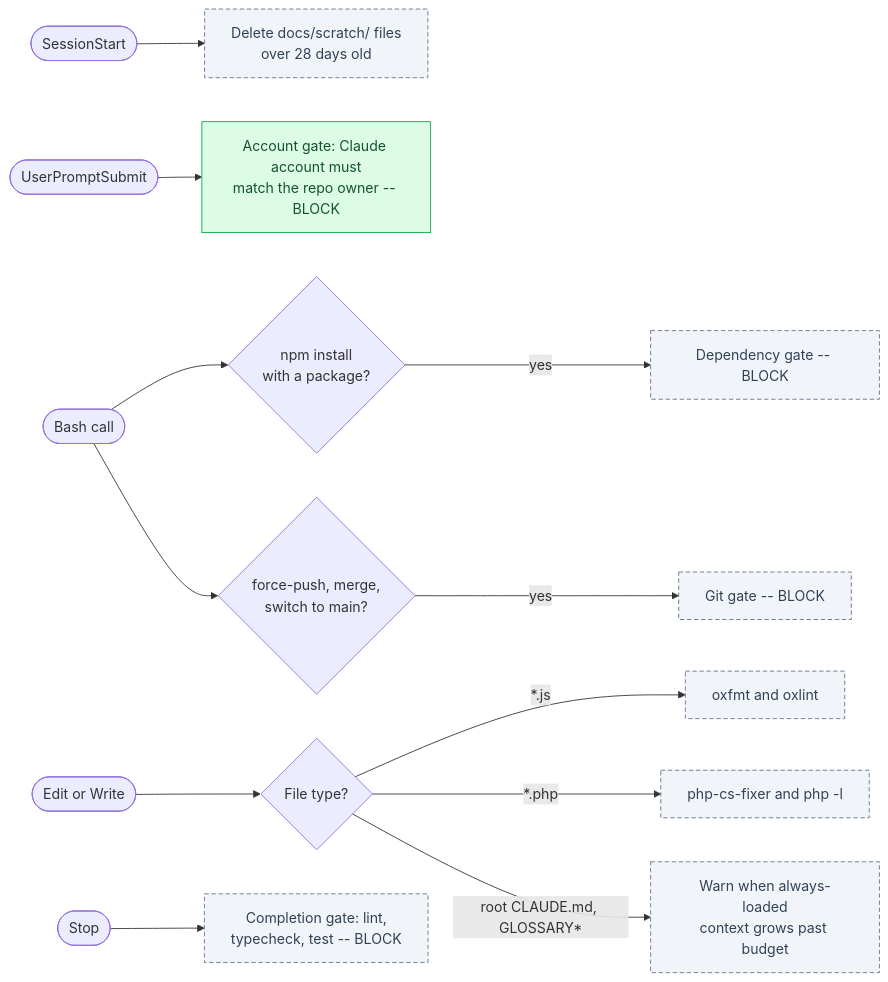
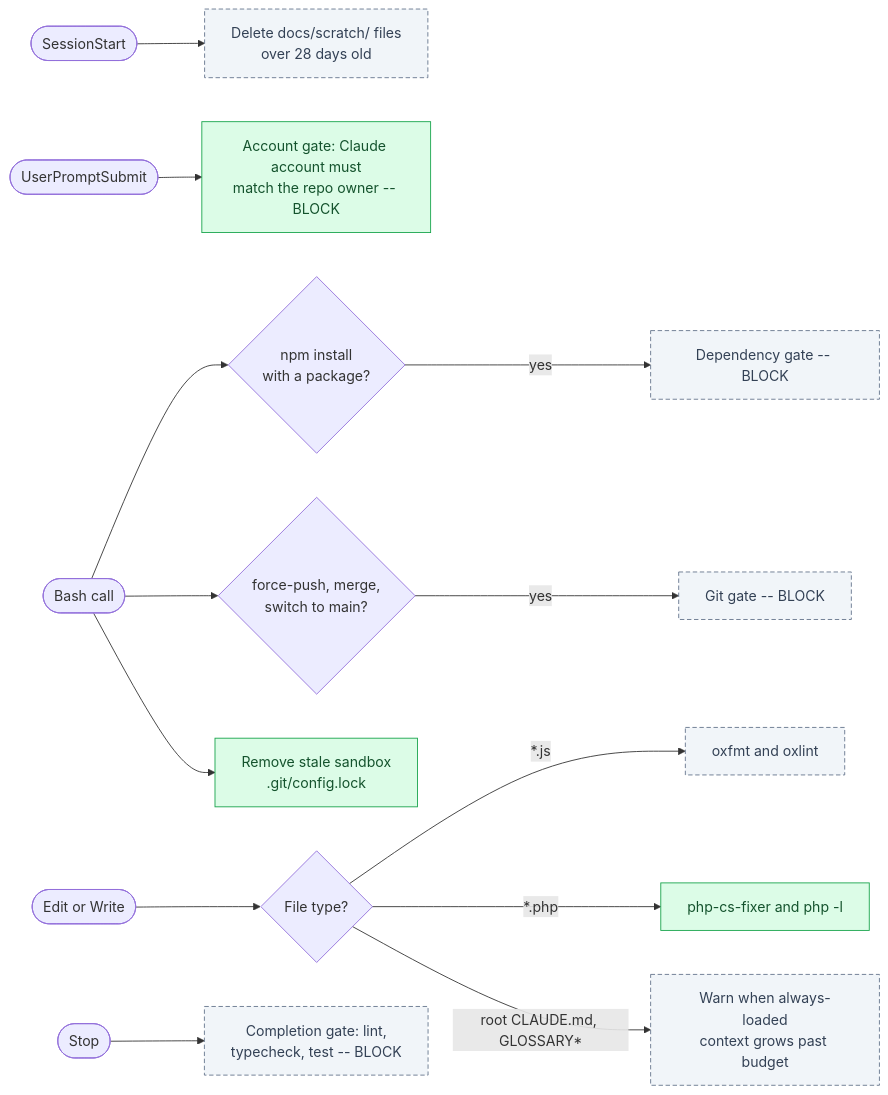
One commit to tforster/agents0 changed the third of 3 diagrams in README.md. Above: the diagram before and after it, drawn with Mermaid. The commit also changed other lines of this file and 4 other files, not shown here.

First line of the commit message:
PHP format and lint hook (Re: AGEN-24) (#9)

````diff
--- a/README.md
+++ b/README.md
@@ -115,17 +115,18 @@
 ```mermaid
 flowchart LR
   sessionStart(["SessionStart"]) --> retention["Delete docs/scratch/ files<br/>over 28 days old"]:::planned
   prompt(["UserPromptSubmit"]) --> account["Account gate: Claude account must<br/>match the repo owner -- BLOCK"]:::exists
   bash(["Bash call"]) --> install{"npm install<br/>with a package?"}
   install -- yes --> depGate["Dependency gate -- BLOCK"]:::planned
   bash --> git{"force-push, merge,<br/>switch to main?"}
   git -- yes --> gitGate["Git gate -- BLOCK"]:::planned
+  bash --> configLock["Remove stale sandbox<br/>.git/config.lock"]:::exists
   edit(["Edit or Write"]) --> fileType{"File type?"}
   fileType -- "*.js" --> jsLint["oxfmt and oxlint"]:::planned
-  fileType -- "*.php" --> phpLint["php-cs-fixer and php -l"]:::planned
+  fileType -- "*.php" --> phpLint["php-cs-fixer and php -l"]:::exists
   fileType -- "root CLAUDE.md, GLOSSARY*" --> budget["Warn when always-loaded<br/>context grows past budget"]:::planned
   stop(["Stop"]) --> completion["Completion gate: lint,<br/>typecheck, test -- BLOCK"]:::planned
 
   classDef exists fill:#dcfce7,stroke:#16a34a,color:#14532d
   classDef planned fill:#f1f5f9,stroke:#64748b,color:#334155,stroke-dasharray:5 3
 ```
````
